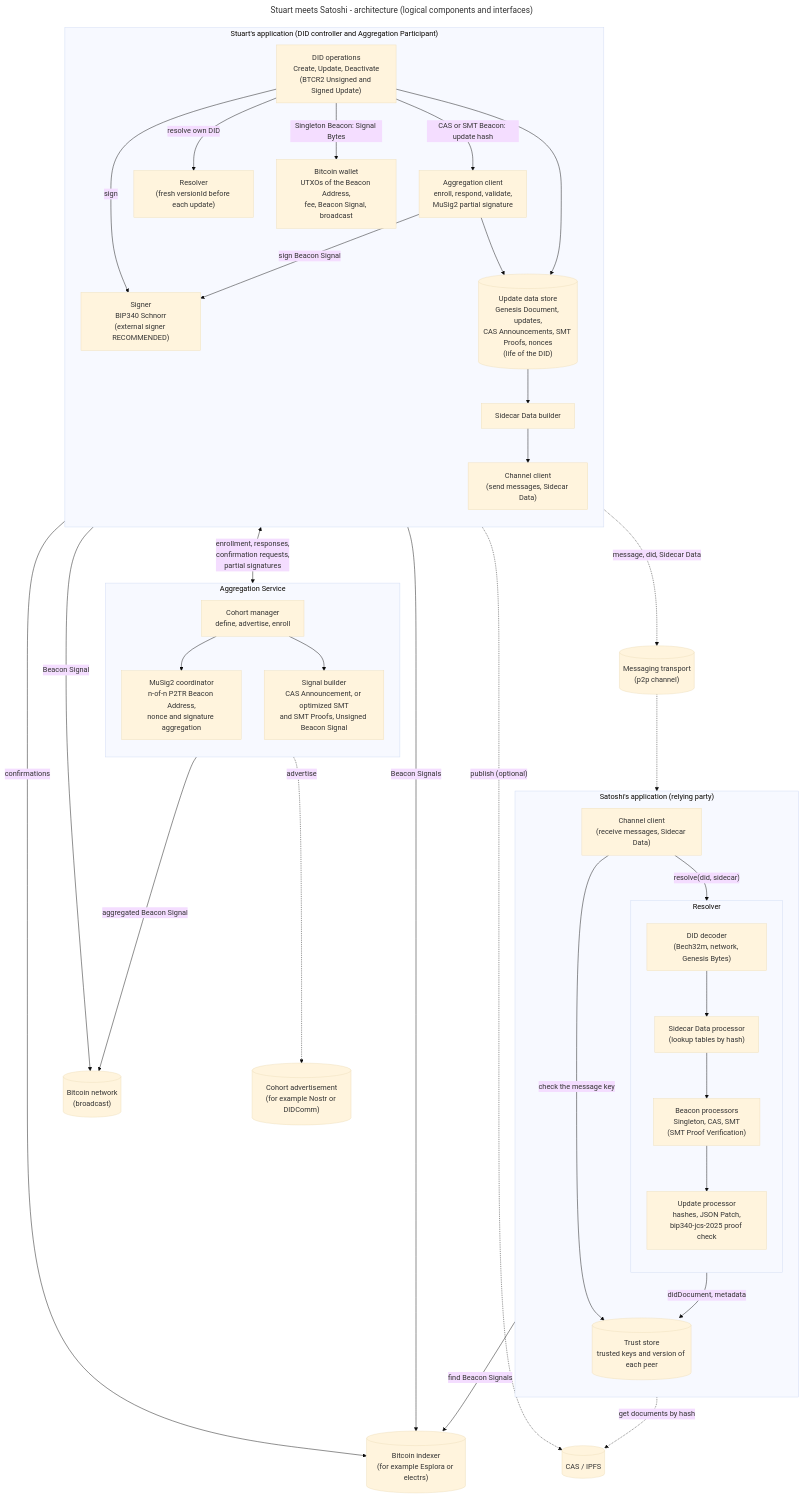
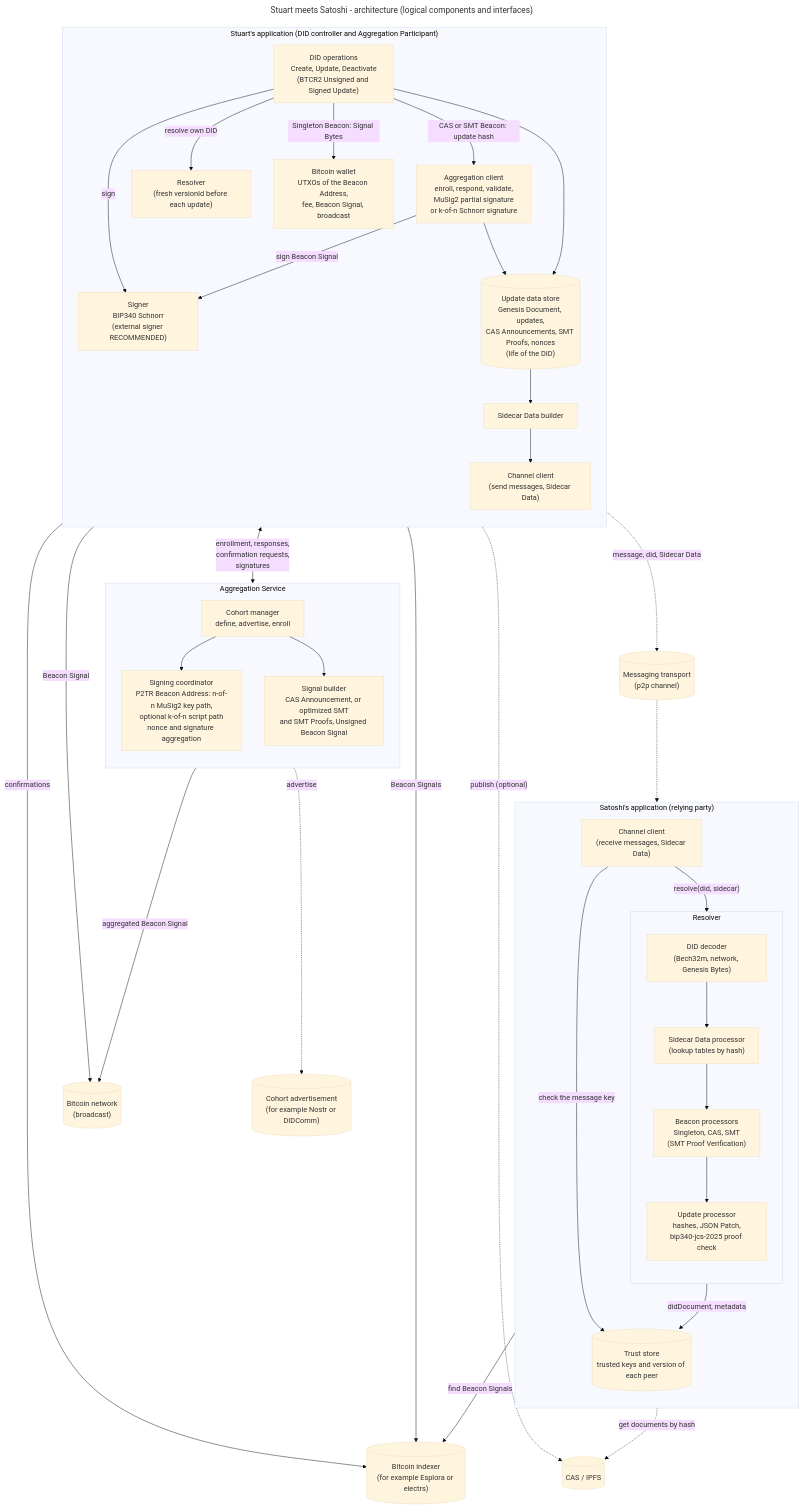
One commit to dcdpr/website-btcr2-dev changed the diagram in public/diagrams/stuart-meets-satoshi/architecture.mmd. Above: the diagram before and after it, drawn with Mermaid (base theme). The commit also changed 9 other files, not shown here.

First line of the commit message:
docs(diagrams): show a k-of-n fallback next to n-of-n signatures

```diff
--- a/public/diagrams/stuart-meets-satoshi/architecture.mmd
+++ b/public/diagrams/stuart-meets-satoshi/architecture.mmd
@@ -1,82 +1,82 @@
 ---
 title: Stuart meets Satoshi - architecture (logical components and interfaces)
 ---
 
 %% The components are logical responsibilities, not libraries.
 %% Each application can put them in one process or split them.
 %% Solid arrows: calls. Dashed arrows: off-chain data.
 
 flowchart TB
     subgraph StuartApp["Stuart's application (DID controller and Aggregation Participant)"]
       direction TB
       SChannel["Channel client<br/>(send messages, Sidecar Data)"]
       SOps["DID operations<br/>Create, Update, Deactivate<br/>(BTCR2 Unsigned and Signed Update)"]
       Signer["Signer<br/>BIP340 Schnorr<br/>(external signer RECOMMENDED)"]
       SResolver["Resolver<br/>(fresh versionId before each update)"]
       Wallet["Bitcoin wallet<br/>UTXOs of the Beacon Address,<br/>fee, Beacon Signal, broadcast"]
-      AggClient["Aggregation client<br/>enroll, respond, validate,<br/>MuSig2 partial signature"]
+      AggClient["Aggregation client<br/>enroll, respond, validate,<br/>MuSig2 partial signature<br/>or k-of-n Schnorr signature"]
       Store[("Update data store<br/>Genesis Document, updates,<br/>CAS Announcements, SMT Proofs, nonces<br/>(life of the DID)")]
       SidecarBuilder["Sidecar Data builder"]
     end
 
     subgraph AggService["Aggregation Service"]
       direction TB
       Cohort["Cohort manager<br/>define, advertise, enroll"]
-      MuSig["MuSig2 coordinator<br/>n-of-n P2TR Beacon Address,<br/>nonce and signature aggregation"]
+      MuSig["Signing coordinator<br/>P2TR Beacon Address: n-of-n MuSig2 key path,<br/>optional k-of-n script path<br/>nonce and signature aggregation"]
       SignalBuilder["Signal builder<br/>CAS Announcement, or optimized SMT<br/>and SMT Proofs, Unsigned Beacon Signal"]
     end
 
     subgraph SatoshiApp["Satoshi's application (relying party)"]
       direction TB
       TChannel["Channel client<br/>(receive messages, Sidecar Data)"]
       Trust[("Trust store<br/>trusted keys and version of each peer")]
       subgraph Resolver["Resolver"]
         direction TB
         Decode["DID decoder<br/>(Bech32m, network, Genesis Bytes)"]
         SidecarProc["Sidecar Data processor<br/>(lookup tables by hash)"]
         BeaconProc["Beacon processors<br/>Singleton, CAS, SMT<br/>(SMT Proof Verification)"]
         UpdateProc["Update processor<br/>hashes, JSON Patch,<br/>bip340-jcs-2025 proof check"]
       end
     end
 
     BTCNet[("Bitcoin network<br/>(broadcast)")]
     Indexer[("Bitcoin indexer<br/>(for example Esplora or electrs)")]
     CAS[("CAS / IPFS")]
     Transport[("Messaging transport<br/>(p2p channel)")]
     Advert[("Cohort advertisement<br/>(for example Nostr or DIDComm)")]
 
     %% Stuart's application
     SOps -->|"sign"| Signer
     SOps -->|"resolve own DID"| SResolver
     SResolver -->|"Beacon Signals"| Indexer
     SOps -->|"Singleton Beacon: Signal Bytes"| Wallet
     SOps -->|"CAS or SMT Beacon: update hash"| AggClient
     AggClient -->|"sign Beacon Signal"| Signer
     SOps --> Store
     AggClient --> Store
     Store --> SidecarBuilder
     SidecarBuilder --> SChannel
     Wallet -->|"Beacon Signal"| BTCNet
     Wallet -->|"confirmations"| Indexer
     Store -.->|"publish (optional)"| CAS
 
     %% Aggregation Service
     Cohort -.->|"advertise"| Advert
-    AggClient <-->|"enrollment, responses,<br/>confirmation requests,<br/>partial signatures"| Cohort
+    AggClient <-->|"enrollment, responses,<br/>confirmation requests,<br/>signatures"| Cohort
     Cohort --> MuSig
     Cohort --> SignalBuilder
     MuSig -->|"aggregated Beacon Signal"| BTCNet
 
     %% Channel
     SChannel -.->|"message, did, Sidecar Data"| Transport
     Transport -.-> TChannel
 
     %% Satoshi's application
     TChannel -->|"resolve(did, sidecar)"| Decode
     Decode --> SidecarProc
     SidecarProc --> BeaconProc
     BeaconProc -->|"find Beacon Signals"| Indexer
     BeaconProc -.->|"get documents by hash"| CAS
     BeaconProc --> UpdateProc
     UpdateProc -->|"didDocument, metadata"| Trust
     TChannel -->|"check the message key"| Trust
```
